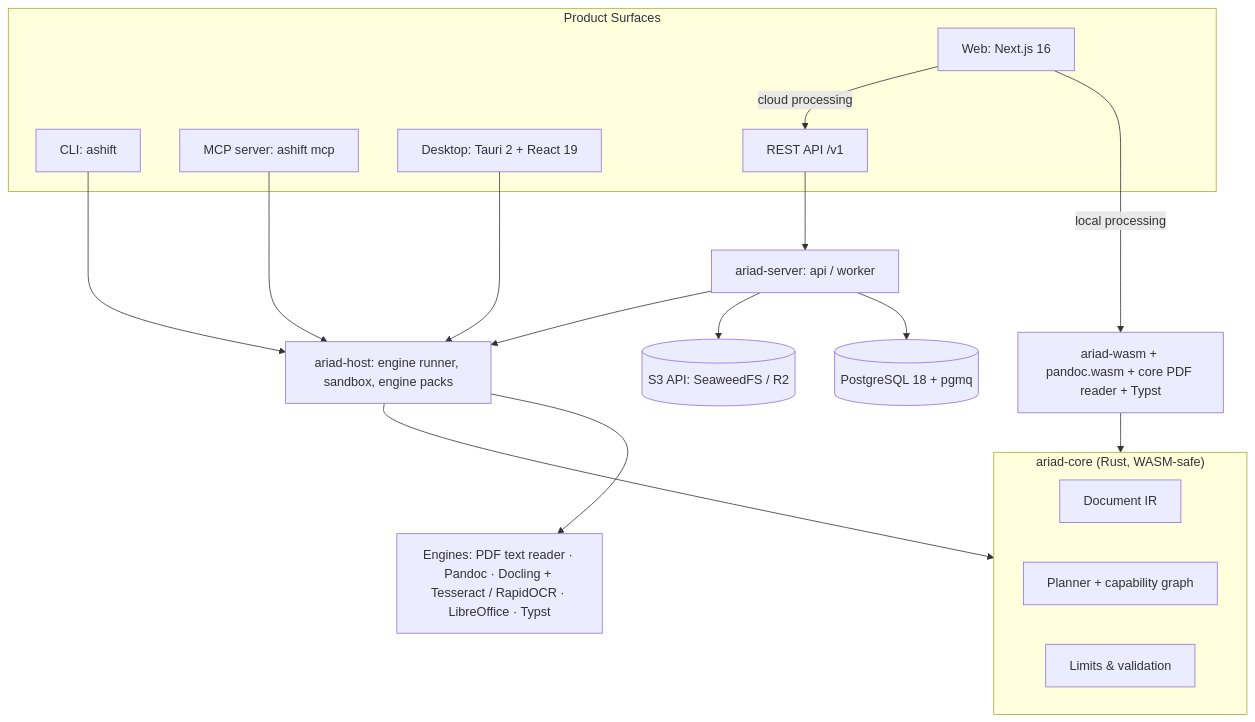
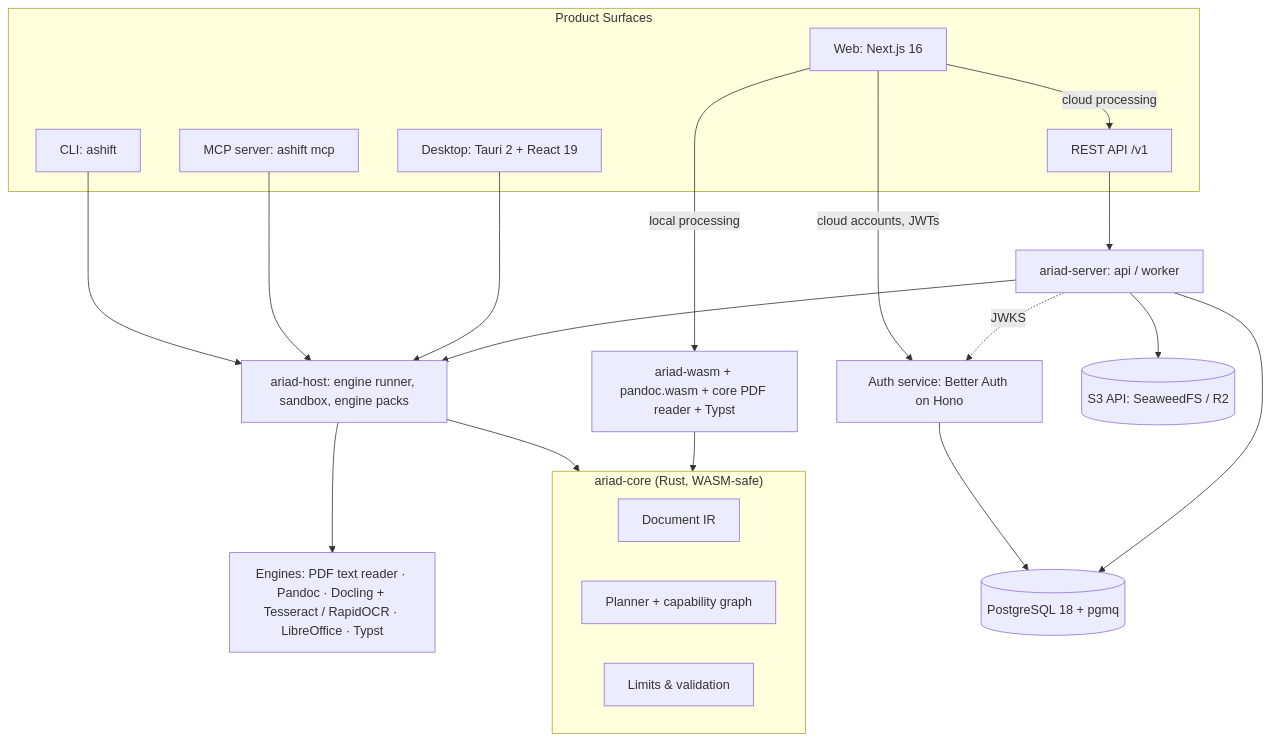
The first of 2 diagrams in ARCHITECTURE.md (bavanchun/AriadShift), drawn with Mermaid before and after one commit. The commit also changed other lines of this file, not shown here.

First line of the commit message:
docs(architecture): describe the separate auth service and SDK

````diff
--- a/ARCHITECTURE.md
+++ b/ARCHITECTURE.md
@@ -141,36 +142,41 @@
 ```mermaid
 flowchart TB
   subgraph surfaces["Product Surfaces"]
     CLI["CLI: ashift"]
     MCP["MCP server: ashift mcp"]
     DESK["Desktop: Tauri 2 + React 19"]
     WEB["Web: Next.js 16"]
     API["REST API /v1"]
   end
+
+  AUTH["Auth service: Better Auth on Hono"]
 
   subgraph core["ariad-core (Rust, WASM-safe)"]
     IR["Document IR"]
     PLAN["Planner + capability graph"]
     LIM["Limits & validation"]
   end
 
   HOST["ariad-host: engine runner, sandbox, engine packs"]
   WASM["ariad-wasm + pandoc.wasm + core PDF reader + Typst"]
   SERVER["ariad-server: api / worker"]
   ENG["Engines: PDF text reader · Pandoc · Docling + Tesseract / RapidOCR · LibreOffice · Typst"]
   PG[("PostgreSQL 18 + pgmq")]
   S3[("S3 API: SeaweedFS / R2")]
 
   CLI --> HOST
   MCP --> HOST
   DESK --> HOST
   WEB -- "local processing" --> WASM
   WEB -- "cloud processing" --> API
+  WEB -- "cloud accounts, JWTs" --> AUTH
   API --> SERVER
+  SERVER -. "JWKS" .-> AUTH
+  AUTH --> PG
   SERVER --> PG
   SERVER --> S3
   SERVER --> HOST
   HOST --> core
   WASM --> core
   HOST --> ENG
 ```
````
